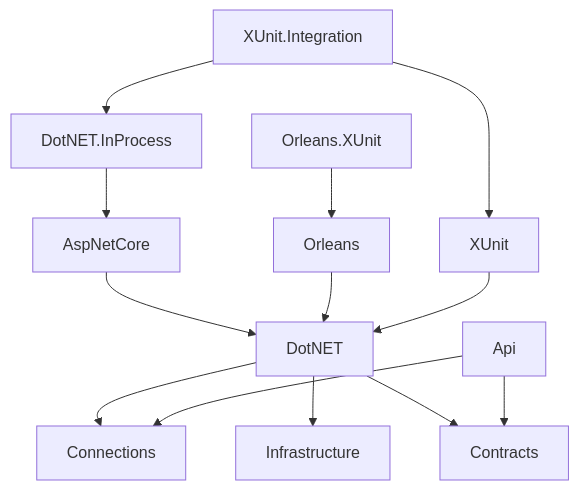
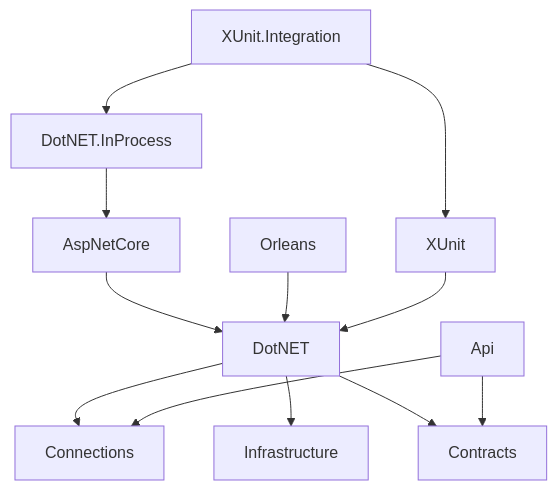
The diagram in Documentation/contributing/clients/client-types.md (Cratis/Chronicle), drawn with Mermaid before and after one commit. The commit also changed other lines of this file and 1 other file, not shown here.

Commit message:
Removing references to Orleans.XUnit

````diff
--- a/Documentation/contributing/clients/client-types.md
+++ b/Documentation/contributing/clients/client-types.md
@@ -12,16 +12,15 @@
 ```mermaid
 %%{ init: { "flowchart": { "curve": "basis" } } }%%
 flowchart TD
     XUnit.Integration --> XUnit
     XUnit.Integration --> DotNET.InProcess
     DotNET.InProcess --> AspNetCore
     AspNetCore --> DotNET
-    Orleans.XUnit --> Orleans
     Orleans --> DotNET
     XUnit --> DotNET
     DotNET --> Connections
     DotNET --> Infrastructure
     DotNET --> Contracts
     Api --> Connections
     Api --> Contracts
 ```
````
